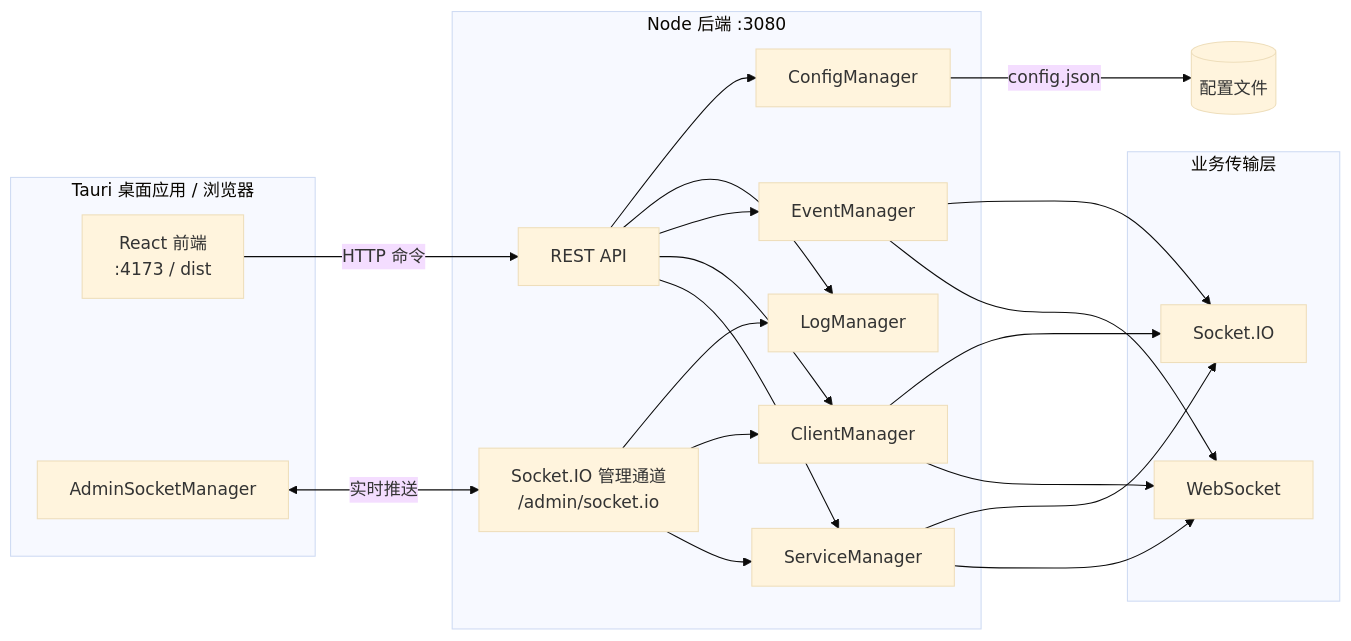
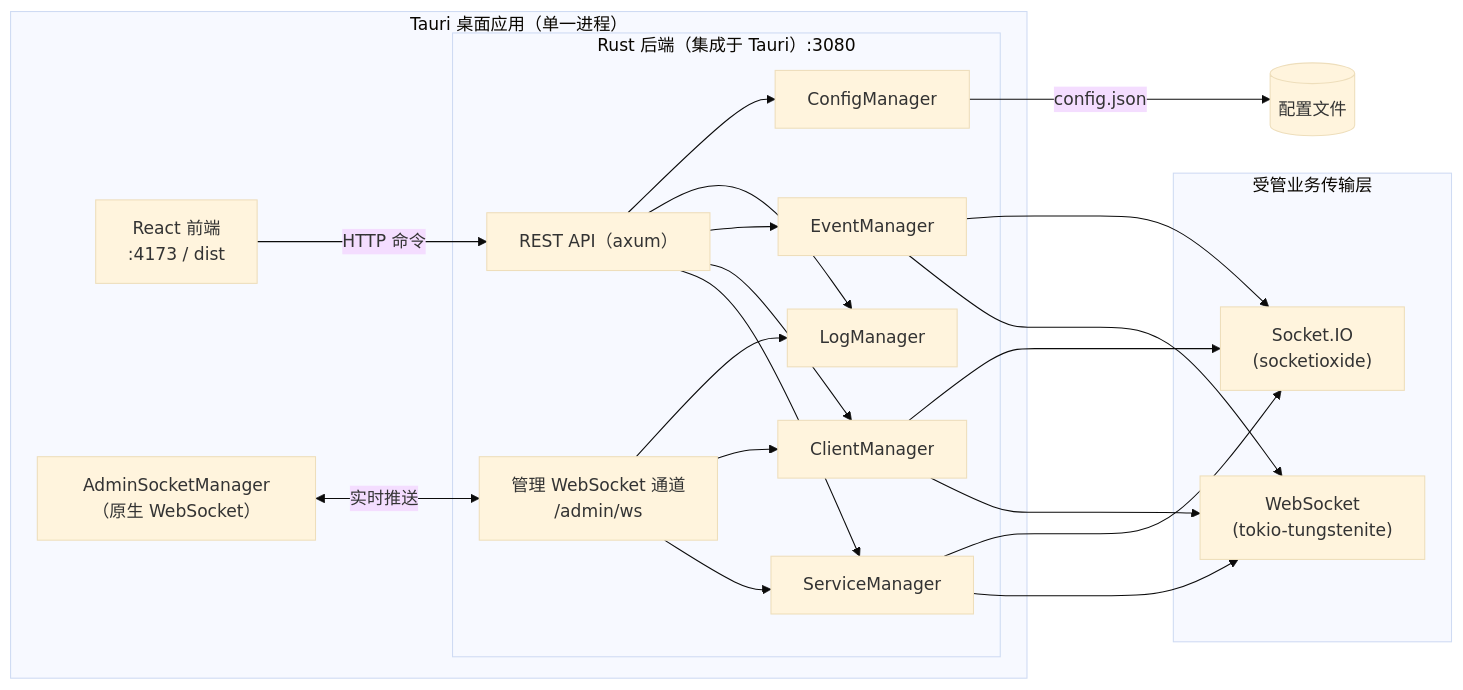
Before and after one commit to zoumingyin/socket-simulator: the diagram in README.md, drawn with Mermaid (base theme). The commit also changed other lines of this file and 3 other files, not shown here.

````diff
--- a/README.md
+++ b/README.md
@@ -34,28 +34,28 @@
 ```mermaid
 flowchart LR
-  subgraph Desktop["Tauri 桌面应用 / 浏览器"]
+  subgraph Desktop["Tauri 桌面应用（单一进程）"]
     UI["React 前端\n:4173 / dist"]
-    ASM["AdminSocketManager"]
+    ASM["AdminSocketManager（原生 WebSocket）"]
+    subgraph Rust["Rust 后端（集成于 Tauri）:3080"]
+      API["REST API（axum）"]
+      AdminWS["管理 WebSocket 通道\n/admin/ws"]
+      SM["ServiceManager"]
+      CM["ClientManager"]
+      EM["EventManager"]
+      LM["LogManager"]
+      CFG["ConfigManager"]
+    end
   end
-  subgraph Backend["Node 后端 :3080"]
-    API["REST API"]
-    AdminIO["Socket.IO 管理通道\n/admin/socket.io"]
-    SM["ServiceManager"]
-    CM["ClientManager"]
-    EM["EventManager"]
-    LM["LogManager"]
-    CFG["ConfigManager"]
-  end
-  subgraph Transports["业务传输层"]
-    WS["WebSocket"]
-    SIO["Socket.IO"]
+  subgraph Transports["受管业务传输层"]
+    WS["WebSocket\n(tokio-tungstenite)"]
+    SIO["Socket.IO\n(socketioxide)"]
   end
   UI -->|HTTP 命令| API
-  ASM <-->|实时推送| AdminIO
+  ASM <-->|实时推送| AdminWS
   API --> SM & CM & EM & LM & CFG
-  AdminIO --> SM & CM & LM
+  AdminWS --> SM & CM & LM
   SM --> WS & SIO
   CM --> WS & SIO
   EM --> WS & SIO
   CFG -->|config.json| Disk[(配置文件)]
 ```
````
